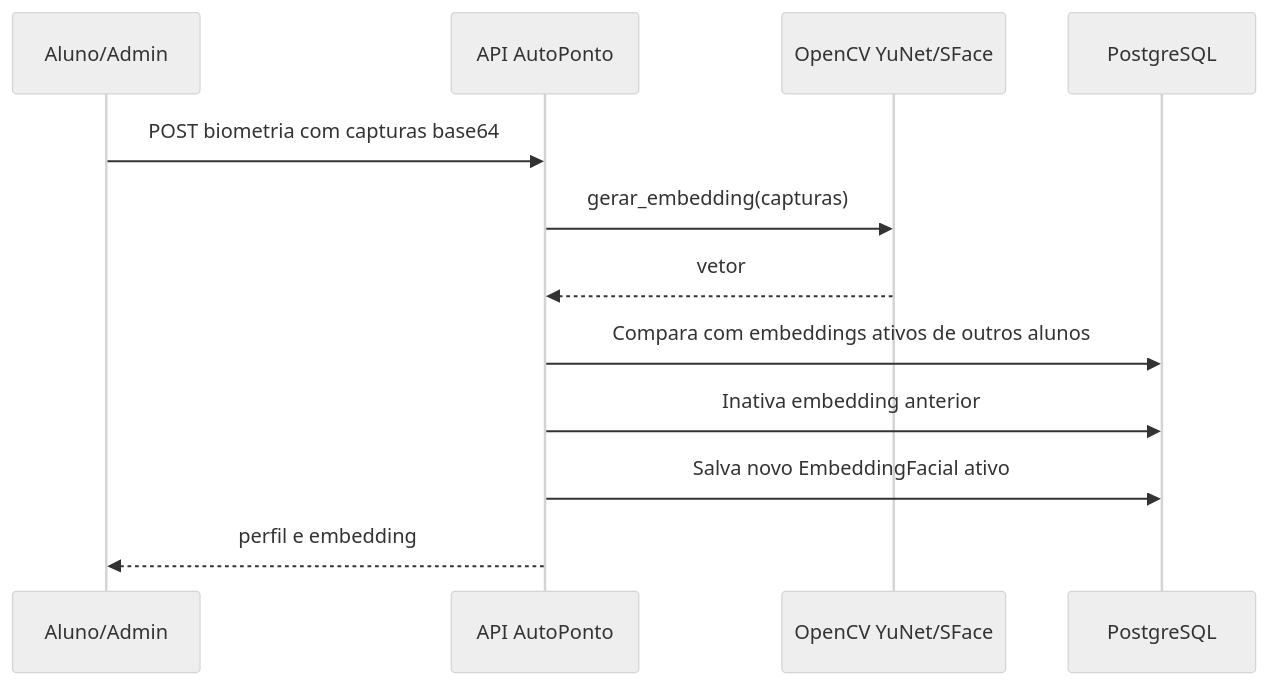
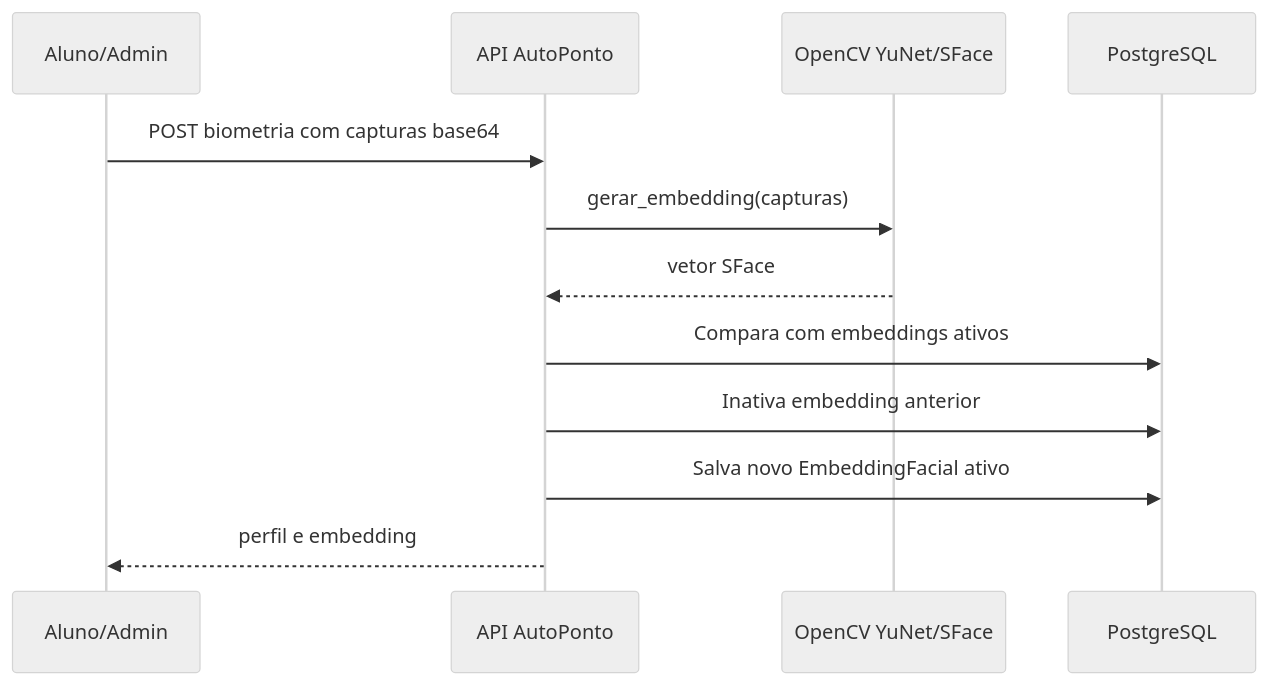
The eighth of 11 diagrams in autoponto-backend/docs/diagramas-tcc.md (DanielKGM/autoponto), drawn with Mermaid (neutral theme) before and after one commit. The commit also changed other lines of this file and 42 other files, not shown here.

````diff
--- a/autoponto-backend/docs/diagramas-tcc.md
+++ b/autoponto-backend/docs/diagramas-tcc.md
@@ -244,15 +162,15 @@
 ```mermaid
 sequenceDiagram
     participant Usuario as Aluno/Admin
     participant API as API AutoPonto
     participant Visao as OpenCV YuNet/SFace
     participant DB as PostgreSQL
 
     Usuario->>API: POST biometria com capturas base64
     API->>Visao: gerar_embedding(capturas)
-    Visao-->>API: vetor
-    API->>DB: Compara com embeddings ativos de outros alunos
+    Visao-->>API: vetor SFace
+    API->>DB: Compara com embeddings ativos
     API->>DB: Inativa embedding anterior
     API->>DB: Salva novo EmbeddingFacial ativo
     API-->>Usuario: perfil e embedding
 ```
````
